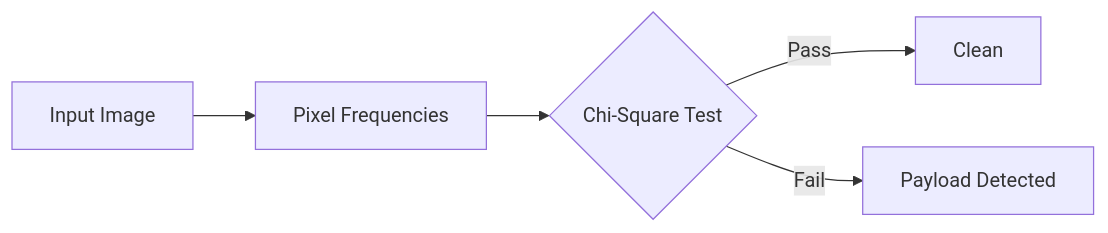
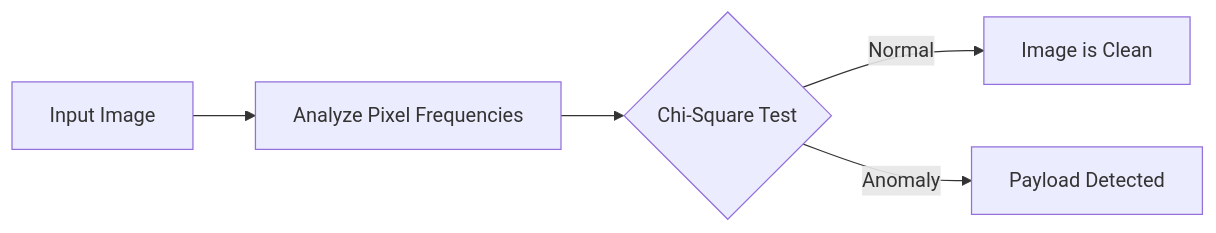
The sixth of 6 diagrams in README.md (vx-ux/stegacrypt), drawn with Mermaid before and after one commit. The commit also changed other lines of this file, not shown here.

Commit message:
docs: finalize README content and flowcharts

````diff
--- a/README.md
+++ b/README.md
@@ -119,7 +95,7 @@
 ```mermaid
 graph LR
-    A[Input Image] --> B[Pixel Frequencies]
+    A[Input Image] --> B[Analyze Pixel Frequencies]
     B --> C{Chi-Square Test}
-    C -- Pass --> D[Clean]
-    C -- Fail --> E[Payload Detected]
+    C -- Normal --> D[Image is Clean]
+    C -- Anomaly --> E[Payload Detected]
 ```
````
